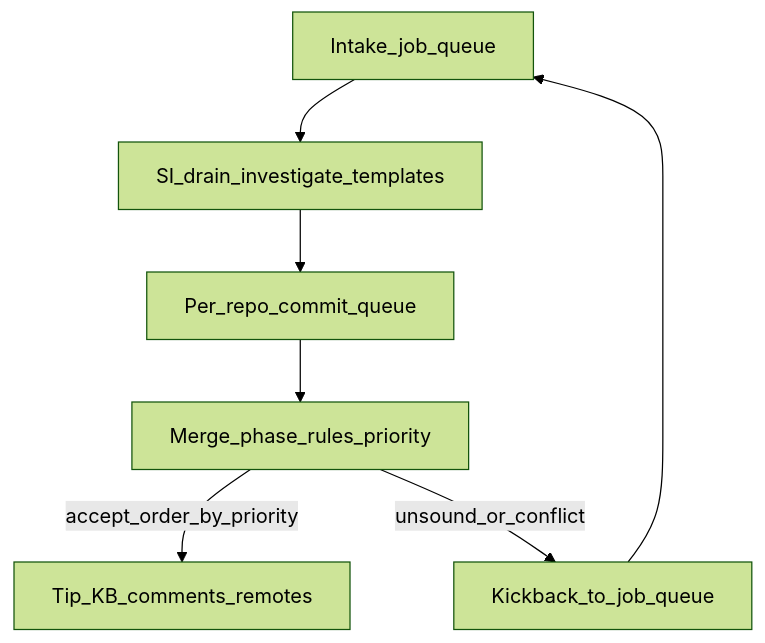
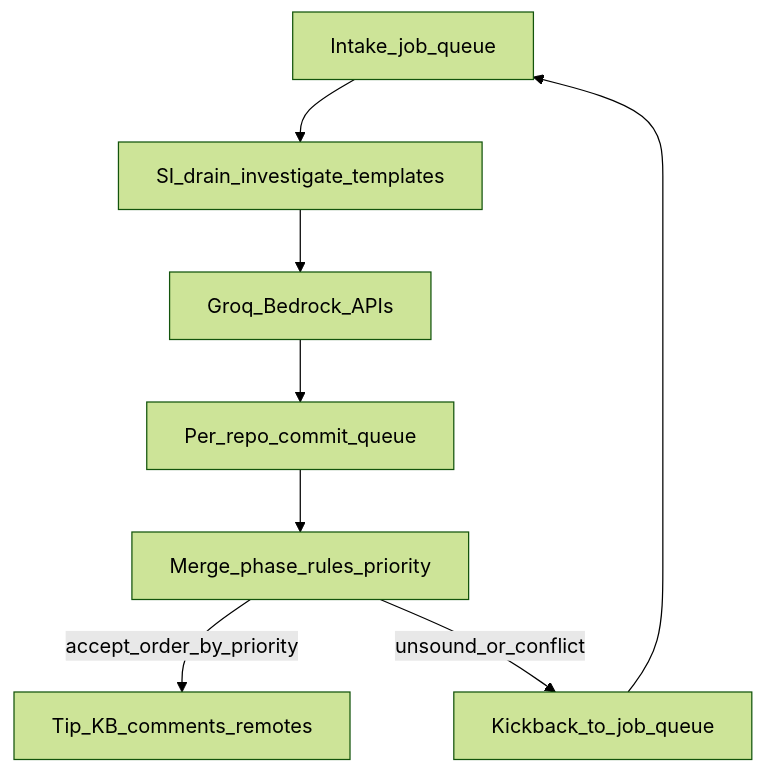
One commit to paradigm-threat/myproblem changed the diagram in docs/batch-phases.md. Above: the diagram before and after it, drawn with Mermaid (forest theme). The commit also changed other lines of this file and 24 other files, not shown here.

````diff
--- a/docs/batch-phases.md
+++ b/docs/batch-phases.md
@@ -38,16 +40,18 @@
 ```mermaid
 flowchart TD
   Intake[Intake_job_queue]
   Drain[SI_drain_investigate_templates]
+  Providers[Groq_Bedrock_APIs]
   CommitQ[Per_repo_commit_queue]
   Merge[Merge_phase_rules_priority]
   Remotes[Tip_KB_comments_remotes]
   Kick[Kickback_to_job_queue]
 
   Intake --> Drain
-  Drain --> CommitQ
+  Drain --> Providers
+  Providers --> CommitQ
   CommitQ --> Merge
   Merge -->|accept_order_by_priority| Remotes
   Merge -->|unsound_or_conflict| Kick
   Kick --> Intake
 ```
````
